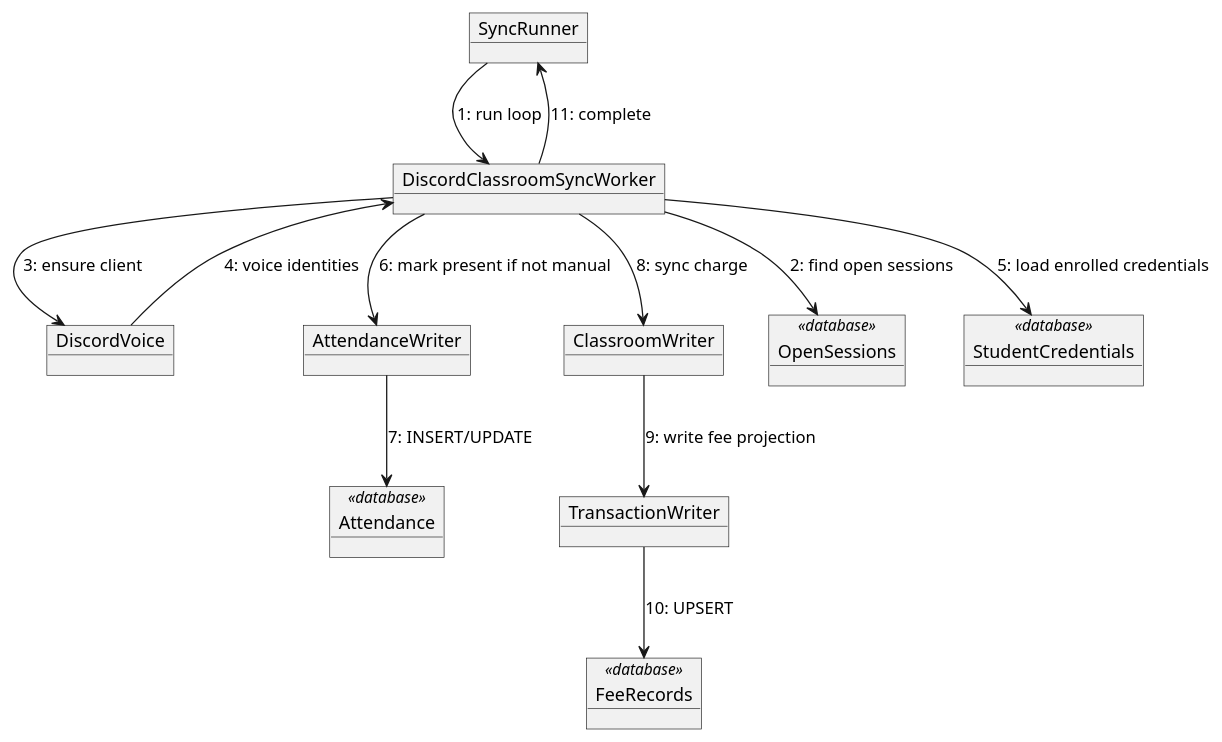
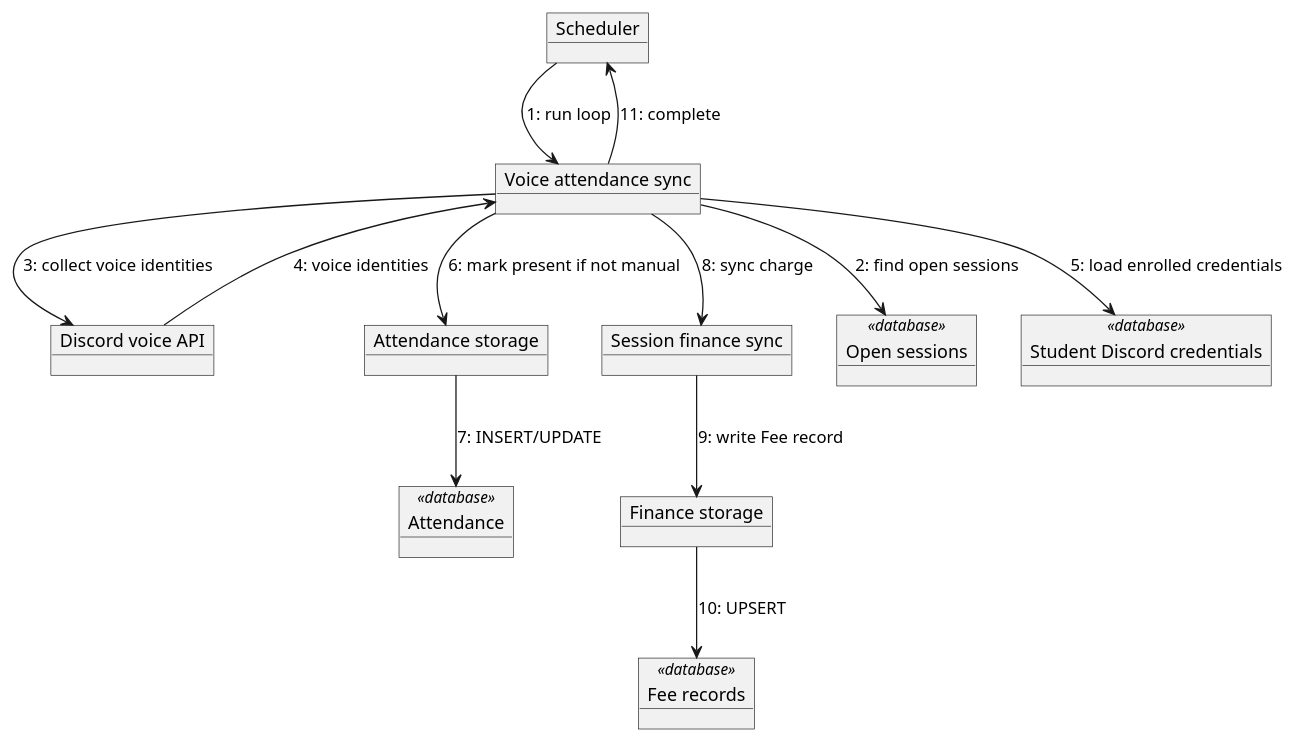
The diagram in uml/collaboration/voice-attendance-finance.puml (owlx206/tms-monorepo), drawn with PlantUML before and after one commit. The commit also changed 234 other files, not shown here.

```diff
--- a/uml/collaboration/voice-attendance-finance.puml
+++ b/uml/collaboration/voice-attendance-finance.puml
@@ -1,23 +1,23 @@
 @startuml
-object SyncRunner
-object DiscordClassroomSyncWorker
-object DiscordVoice
-object AttendanceWriter
-object ClassroomWriter
-object TransactionWriter
-object OpenSessions <<database>>
-object StudentCredentials <<database>>
+object Scheduler
+object "Voice attendance sync" as VoiceAttendanceSync
+object "Discord voice API" as DiscordVoiceAPI
+object "Attendance storage" as AttendanceStorage
+object "Session finance sync" as SessionFinanceSync
+object "Finance storage" as FinanceStorage
+object "Open sessions" as OpenSessions <<database>>
+object "Student Discord credentials" as StudentDiscordCredentials <<database>>
 object Attendance <<database>>
-object FeeRecords <<database>>
-SyncRunner --> DiscordClassroomSyncWorker : 1: run loop
-DiscordClassroomSyncWorker --> OpenSessions : 2: find open sessions
-DiscordClassroomSyncWorker --> DiscordVoice : 3: ensure client
-DiscordVoice --> DiscordClassroomSyncWorker : 4: voice identities
-DiscordClassroomSyncWorker --> StudentCredentials : 5: load enrolled credentials
-DiscordClassroomSyncWorker --> AttendanceWriter : 6: mark present if not manual
-AttendanceWriter --> Attendance : 7: INSERT/UPDATE
-DiscordClassroomSyncWorker --> ClassroomWriter : 8: sync charge
-ClassroomWriter --> TransactionWriter : 9: write fee projection
-TransactionWriter --> FeeRecords : 10: UPSERT
-DiscordClassroomSyncWorker --> SyncRunner : 11: complete
+object "Fee records" as FeeRecords <<database>>
+Scheduler --> VoiceAttendanceSync : 1: run loop
+VoiceAttendanceSync --> OpenSessions : 2: find open sessions
+VoiceAttendanceSync --> DiscordVoiceAPI : 3: collect voice identities
+DiscordVoiceAPI --> VoiceAttendanceSync : 4: voice identities
+VoiceAttendanceSync --> StudentDiscordCredentials : 5: load enrolled credentials
+VoiceAttendanceSync --> AttendanceStorage : 6: mark present if not manual
+AttendanceStorage --> Attendance : 7: INSERT/UPDATE
+VoiceAttendanceSync --> SessionFinanceSync : 8: sync charge
+SessionFinanceSync --> FinanceStorage : 9: write Fee record
+FinanceStorage --> FeeRecords : 10: UPSERT
+VoiceAttendanceSync --> Scheduler : 11: complete
 @enduml
```
